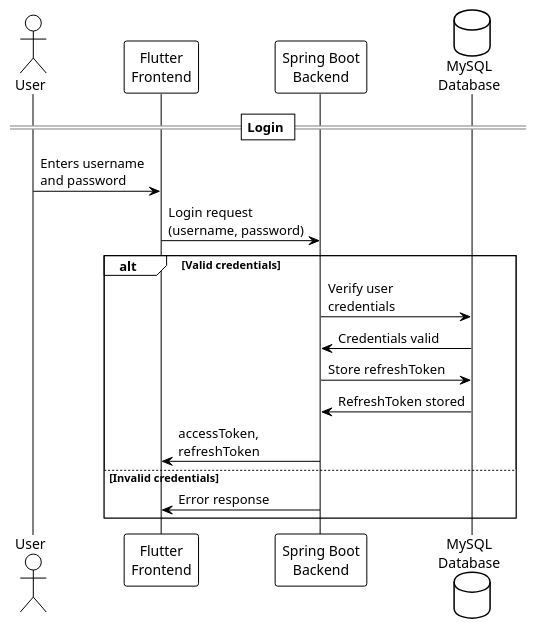
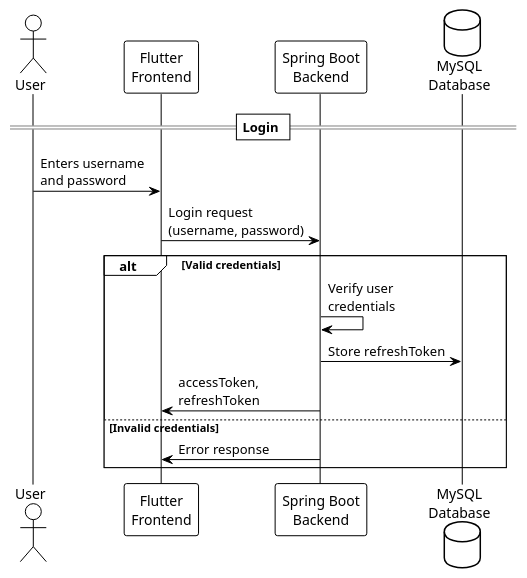
The diagram in docs/uml/loginProcess.puml (jia5232/taximate_backend), drawn with PlantUML before and after one commit.

Commit message:
docs: login uml 수정

```diff
--- a/docs/uml/loginProcess.puml
+++ b/docs/uml/loginProcess.puml
@@ -1,22 +1,20 @@
 @startuml
 !theme plain
 
 actor User as user
 participant "Flutter\nFrontend" as frontend
 participant "Spring Boot\nBackend" as backend
 database "MySQL\nDatabase" as database
 
 == Login ==
 user -> frontend : Enters username\nand password
 frontend -> backend : Login request\n(username, password)
 alt Valid credentials
-    backend -> database : Verify user\ncredentials
-    database -> backend : Credentials valid
+    backend -> backend : Verify user\ncredentials
     backend -> database : Store refreshToken
-    database -> backend : RefreshToken stored
     backend -> frontend : accessToken,\nrefreshToken
 else Invalid credentials
     backend -> frontend : Error response
 end
 
 @enduml
```
